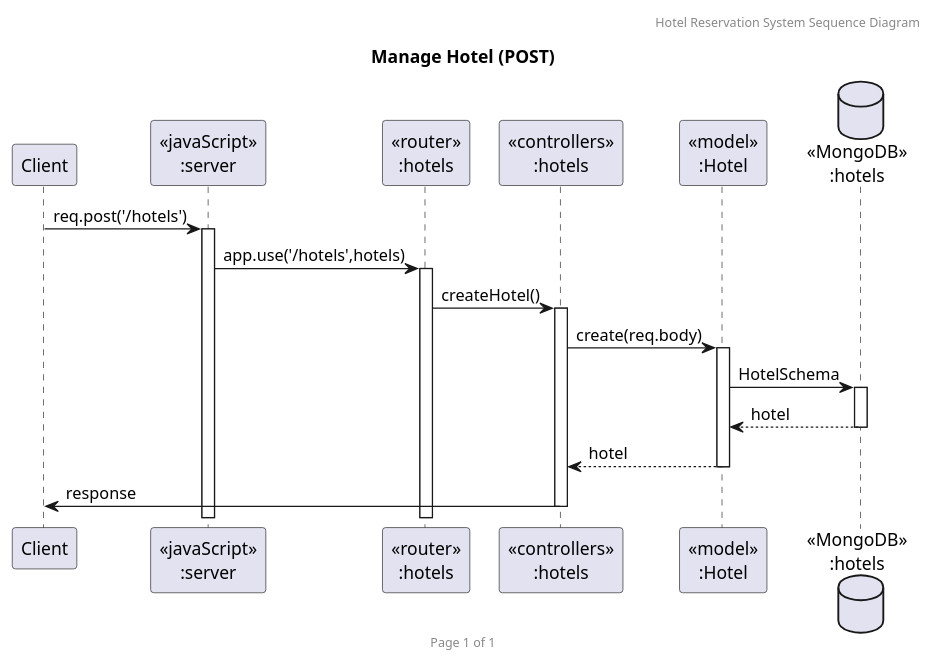
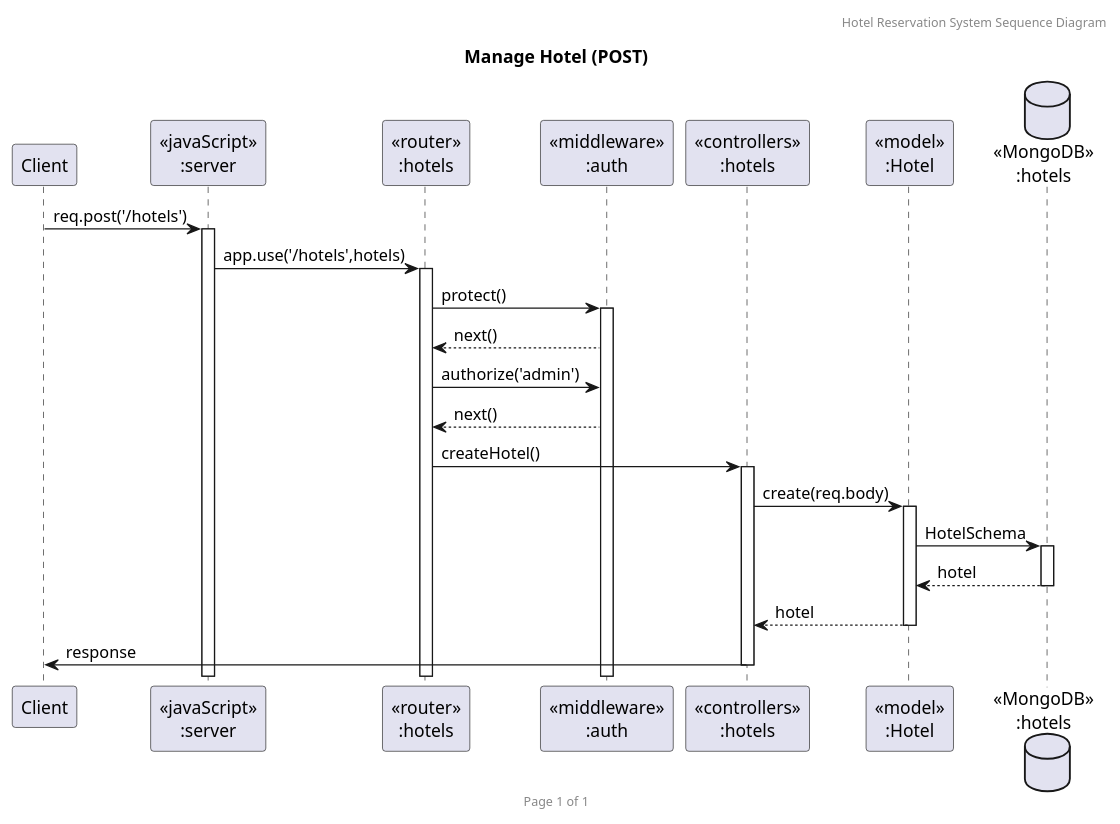
The diagram in UML/SequenceDiagram/Hotel/post.puml (2110503TACEDT66/presentation-day-1-chue-rai-dee), drawn with PlantUML before and after one commit. The commit also changed 25 other files, not shown here.

Commit message:
added protect and authorize to sequence diagrams

```diff
--- a/UML/SequenceDiagram/Hotel/post.puml
+++ b/UML/SequenceDiagram/Hotel/post.puml
@@ -1,23 +1,28 @@
 @startuml Manage Hotel (POST)
 
 header Hotel Reservation System Sequence Diagram
 footer Page %page% of %lastpage%
 title "Manage Hotel (POST)"
 
 participant "Client" as client
 participant "<<javaScript>>\n:server" as server
 participant "<<router>>\n:hotels" as routerHotels
+participant "<<middleware>>\n:auth" as middlewareAuth
 participant "<<controllers>>\n:hotels" as controllersHotels
 participant "<<model>>\n:Hotel" as modelHotel
 database "<<MongoDB>>\n:hotels" as HotelsDatabase
 
 client->server ++:req.post('/hotels')
 server->routerHotels ++:app.use('/hotels',hotels)
+routerHotels->middlewareAuth ++:protect()
+middlewareAuth-->routerHotels :next()
+routerHotels->middlewareAuth :authorize('admin')
+middlewareAuth-->routerHotels :next()
 routerHotels -> controllersHotels ++:createHotel()
 controllersHotels->modelHotel ++:create(req.body)
 modelHotel ->HotelsDatabase ++: HotelSchema
 HotelsDatabase --> modelHotel --: hotel
 controllersHotels <-- modelHotel --:hotel
 controllersHotels->client --:response
 
 @enduml
```
